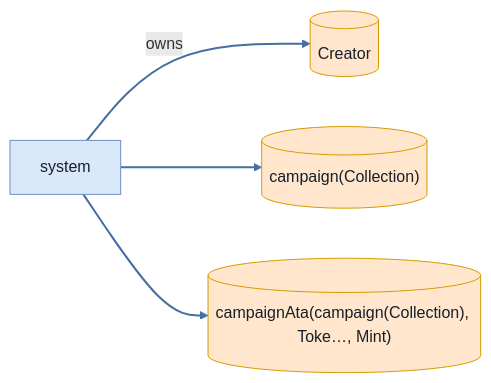
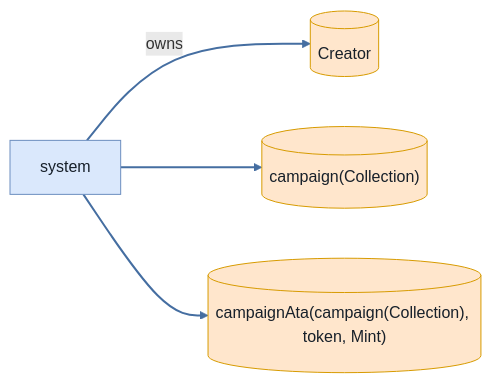
Before and after one commit to cds-turbin3/vesting-position: diagram 12 of 12 in babelfish-tests/test-report/close_campaign_succeeds_when_vault_empty.md, drawn with Mermaid. The commit also changed other lines of this file and 104 other files, not shown here.

````diff
--- a/babelfish-tests/test-report/close_campaign_succeeds_when_vault_empty.md
+++ b/babelfish-tests/test-report/close_campaign_succeeds_when_vault_empty.md
@@ -532,14 +532,14 @@
 ```mermaid
 flowchart LR
     system["system"]:::program
     Creator[("Creator")]:::state
     campaignCollection[("campaign(Collection)")]:::state
-    campaignAtacampaignCollectionTokeMint[("campaignAta(campaign(Collection), Toke…, Mint)")]:::state
+    campaignAtacampaignCollectiontokenMint[("campaignAta(campaign(Collection), token, Mint)")]:::state
     system -->|owns| Creator
     system --> campaignCollection
-    system --> campaignAtacampaignCollectionTokeMint
+    system --> campaignAtacampaignCollectiontokenMint
     classDef program fill:#dae8fc,stroke:#6c8ebf,color:#17202a;
     classDef signer fill:#d5e8d4,stroke:#82b366,color:#17202a;
     classDef state fill:#ffe6cc,stroke:#d79b00,color:#17202a;
     linkStyle 0,1,2 stroke:#456ea1,stroke-width:2px
 ```
````
